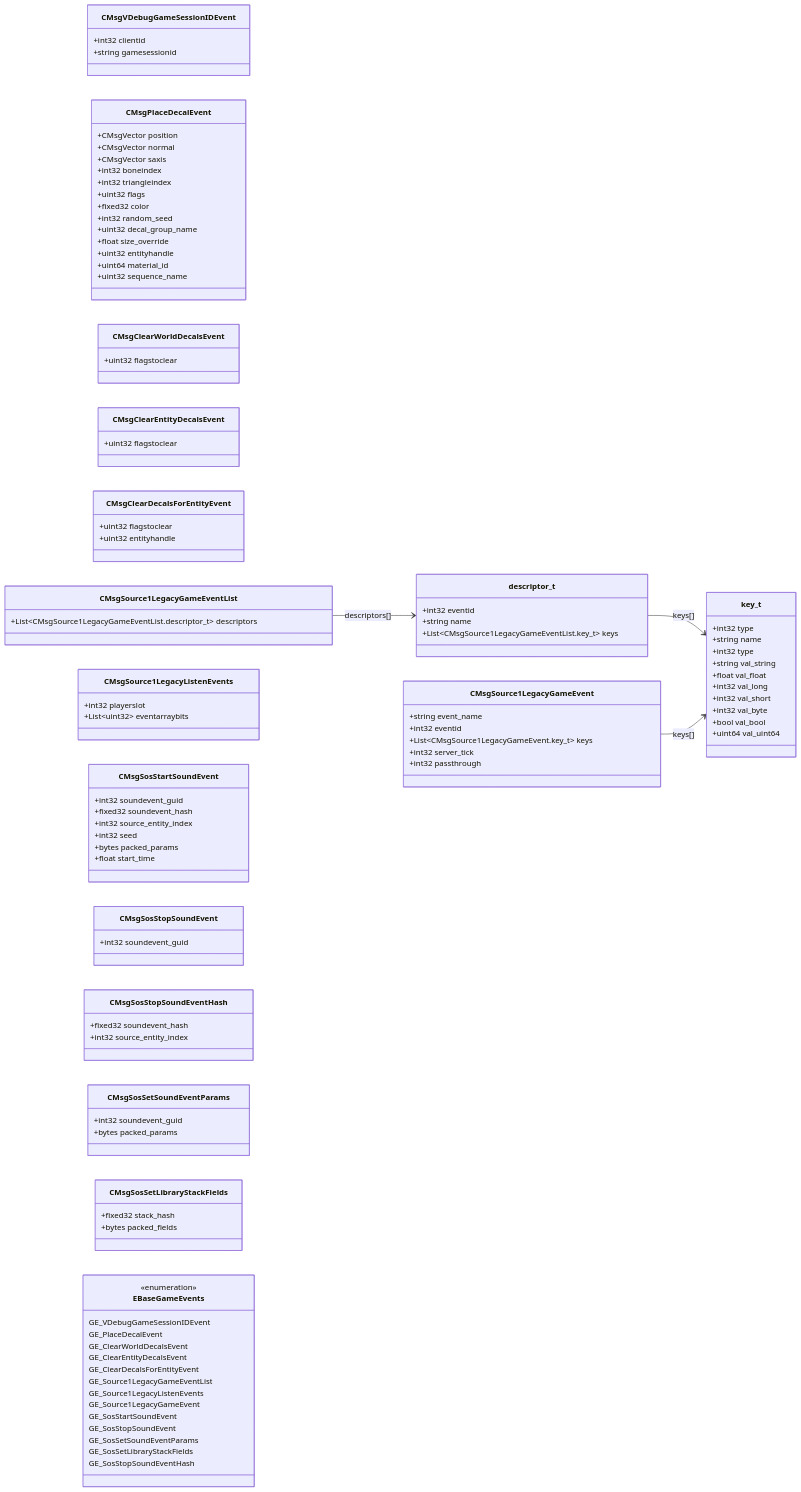
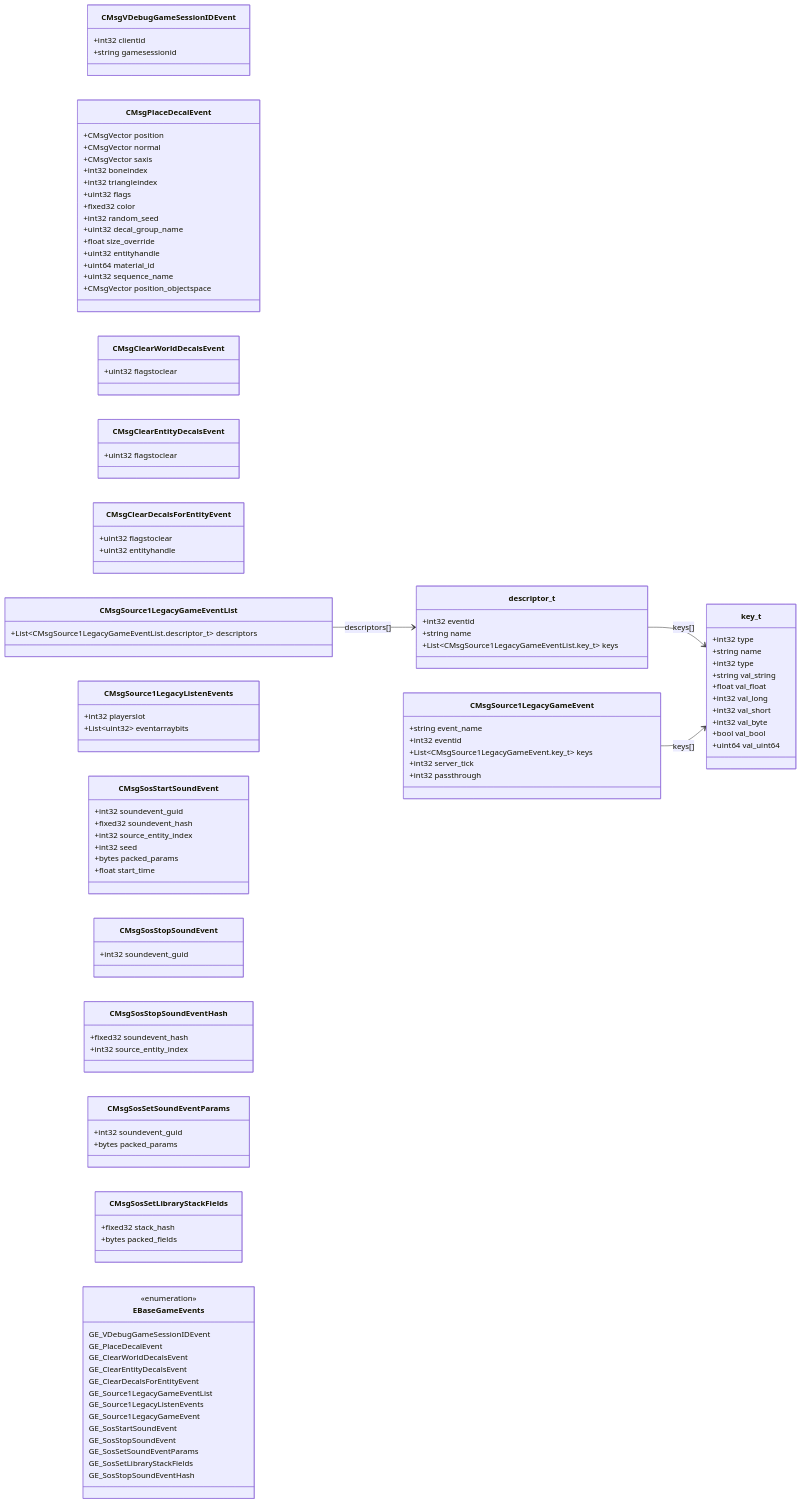
Before and after one commit to sid2934/CS2-OpenDevDocs: the diagram in docs/proto/gameevents.md, drawn with Mermaid. The commit also changed other lines of this file and 45 other files, not shown here.

```diff
--- a/docs/proto/gameevents.md
+++ b/docs/proto/gameevents.md
@@ -37,6 +37,7 @@
     +uint32 entityhandle
     +uint64 material_id
     +uint32 sequence_name
+    +CMsgVector position_objectspace
   }
 
   class CMsgClearWorldDecalsEvent {
```
